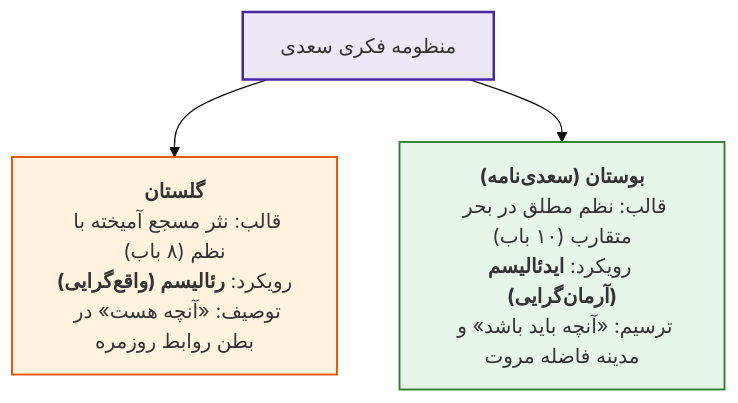
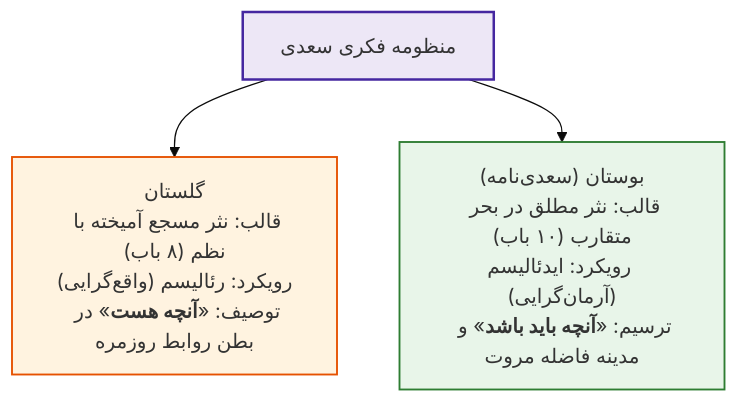
One commit to neopulse-hub/TUMS-1402-1-neo changed diagram 11 of 23 in 05/ادبیات/خلاصه کل.md. Above: the diagram before and after it, drawn with Mermaid (base theme). The commit also changed other lines of this file, not shown here.

````diff
--- a/05/ادبیات/خلاصه کل.md
+++ b/05/ادبیات/خلاصه کل.md
@@ -455,10 +461,13 @@
 ```mermaid
 flowchart TD
-    Saadi[منظومه فکری سعدی]
-    Saadi --> Gol["<b>گلستان</b><br>قالب: نثر مسجع آمیخته با نظم (۸ باب)<br>رویکرد: <b>رئالیسم (واقع‌گرایی)</b><br>توصیف: «آنچه هست» در بطن روابط روزمره"]
-    Saadi --> Boos["<b>بوستان (سعدی‌نامه)</b><br>قالب: نظم مطلق در بحر متقارب (۱۰ باب)<br>رویکرد: <b>ایدئالیسم (آرمان‌گرایی)</b><br>ترسیم: «آنچه باید باشد» و مدینه فاضله مروت"]
 
-    style Saadi fill:#ede7f6,stroke:#4527a0,stroke-width:2px;
-    style Gol fill:#fff3e0,stroke:#e65100,stroke-width:1.5px;
-    style Boos fill:#e8f5e9,stroke:#2e7d32,stroke-width:1.5px;
+Saadi["منظومه فکری سعدی"]
+
+Saadi --> Gol["گلستان<br/>قالب: نثر مسجع آمیخته با نظم (۸ باب)<br/>رویکرد: رئالیسم (واقع‌گرایی)<br/>توصیف: «<b>آنچه هست</b>» در بطن روابط روزمره"]
+
+Saadi --> Boos["بوستان (سعدی‌نامه)<br/>قالب: نثر مطلق در بحر متقارب (۱۰ باب)<br/>رویکرد: ایدئالیسم (آرمان‌گرایی)<br/>ترسیم: «<b>آنچه باید باشد</b>» و مدینه فاضله مروت"]
+
+style Saadi fill:#ede7f6,stroke:#4527a0,stroke-width:2px;
+style Gol fill:#fff3e0,stroke:#e65100,stroke-width:1.5px;
+style Boos fill:#e8f5e9,stroke:#2e7d32,stroke-width:1.5px;
 ```
````
